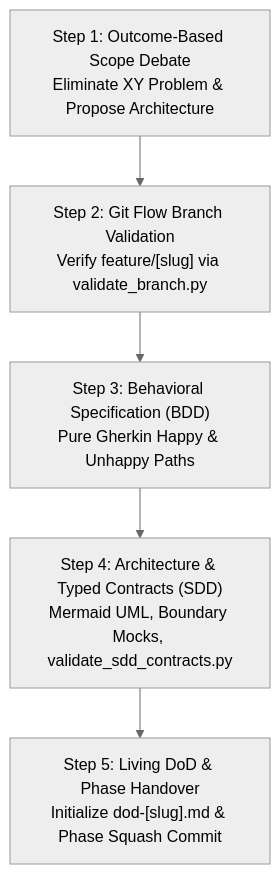
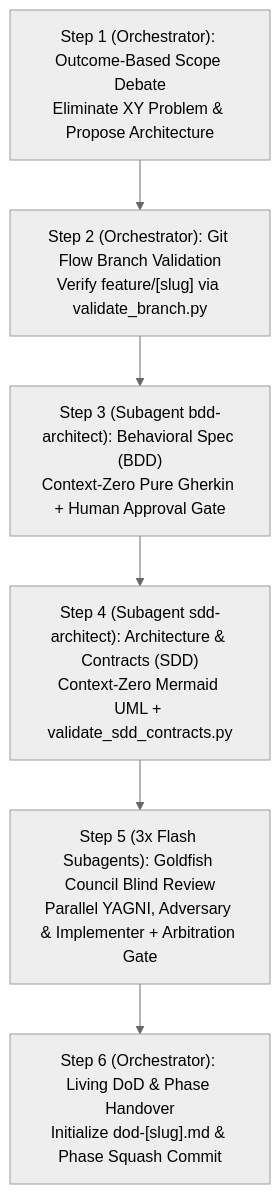
One commit to MarcosVeniciu/antigravity-agentic-skills changed the diagram in skills/plan/SKILL.md. Above: the diagram before and after it, drawn with Mermaid (neutral theme). The commit also changed other lines of this file and 10 other files, not shown here.

Commit message:
feat(plan): evolve planning skill to SDD 2.0 with context-zero subagents and goldfish council

````diff
--- a/skills/plan/SKILL.md
+++ b/skills/plan/SKILL.md
@@ -35,7 +36,8 @@
 ```mermaid
 flowchart TD
-    Step1["Step 1: Outcome-Based Scope Debate<br/>Eliminate XY Problem & Propose Architecture"] --> Step2["Step 2: Git Flow Branch Validation<br/>Verify feature/[slug] via validate_branch.py"]
-    Step2 --> Step3["Step 3: Behavioral Specification (BDD)<br/>Pure Gherkin Happy & Unhappy Paths"]
-    Step3 --> Step4["Step 4: Architecture & Typed Contracts (SDD)<br/>Mermaid UML, Boundary Mocks, validate_sdd_contracts.py"]
-    Step4 --> Step5["Step 5: Living DoD & Phase Handover<br/>Initialize dod-[slug].md & Phase Squash Commit"]
+    Step1["Step 1 (Orchestrator): Outcome-Based Scope Debate<br/>Eliminate XY Problem & Propose Architecture"] --> Step2["Step 2 (Orchestrator): Git Flow Branch Validation<br/>Verify feature/[slug] via validate_branch.py"]
+    Step2 --> Step3["Step 3 (Subagent bdd-architect): Behavioral Spec (BDD)<br/>Context-Zero Pure Gherkin + Human Approval Gate"]
+    Step3 --> Step4["Step 4 (Subagent sdd-architect): Architecture & Contracts (SDD)<br/>Context-Zero Mermaid UML + validate_sdd_contracts.py"]
+    Step4 --> Step5["Step 5 (3x Flash Subagents): Goldfish Council Blind Review<br/>Parallel YAGNI, Adversary & Implementer + Arbitration Gate"]
+    Step5 --> Step6["Step 6 (Orchestrator): Living DoD & Phase Handover<br/>Initialize dod-[slug].md & Phase Squash Commit"]
 ```
````
